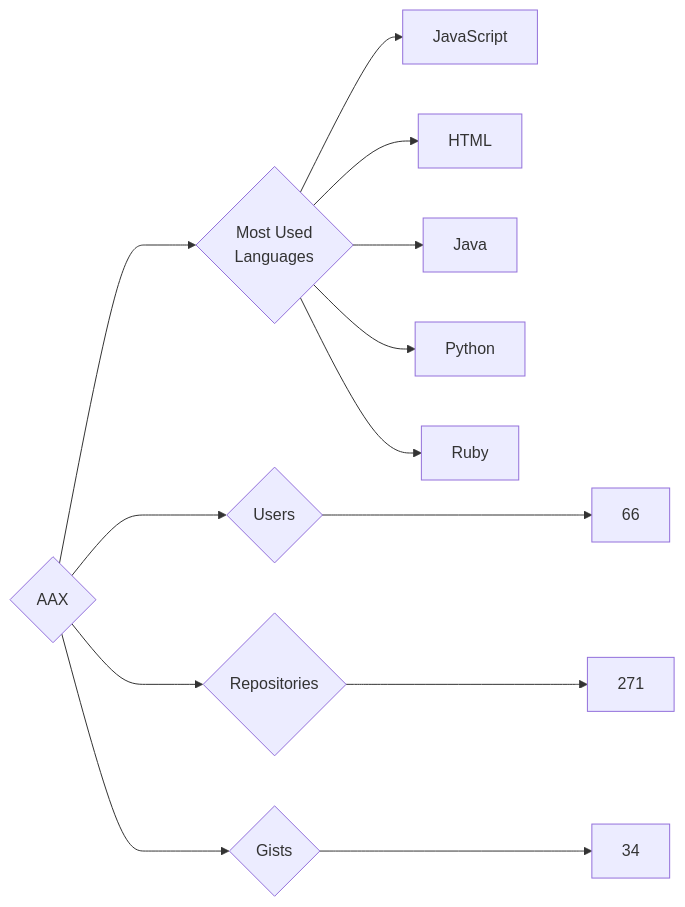
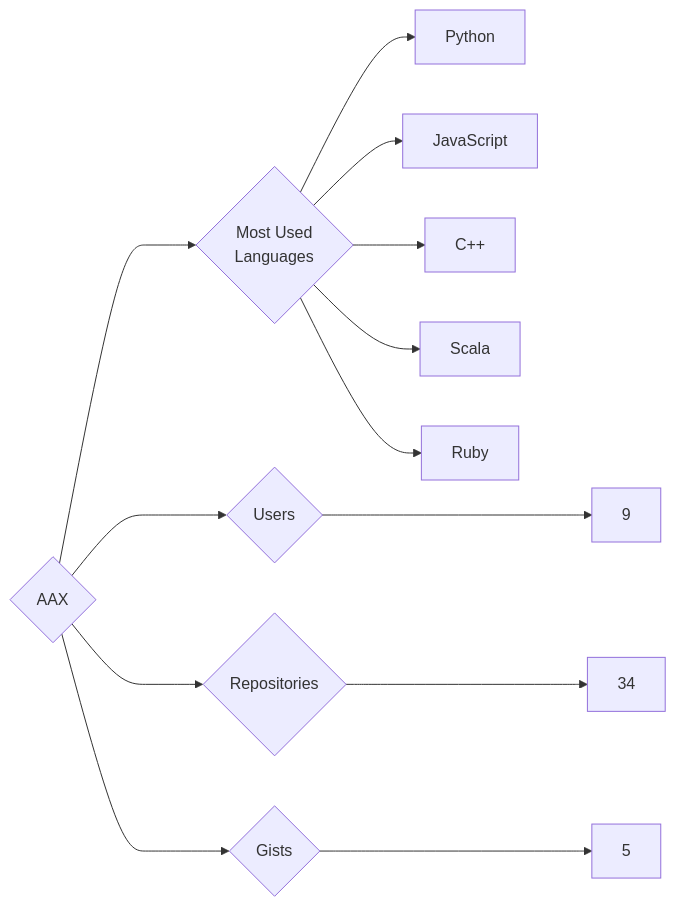
One commit to trickest/insiders changed the diagram in targets/AAX/README.md. Above: the diagram before and after it, drawn with Mermaid. The commit also changed 1166 other files, not shown here.

````diff
--- a/targets/AAX/README.md
+++ b/targets/AAX/README.md
@@ -3,13 +3,13 @@
 ```mermaid
 graph LR
 COMPANY_NAME{AAX}
-COMPANY_NAME ---> U{Users} ---> UN[66]
-COMPANY_NAME ---> R{Repositories} ---> RN[271]
-COMPANY_NAME ---> G{Gists} ---> GN[34]
+COMPANY_NAME ---> U{Users} ---> UN[9]
+COMPANY_NAME ---> R{Repositories} ---> RN[34]
+COMPANY_NAME ---> G{Gists} ---> GN[5]
 COMPANY_NAME ---> ML{Most Used<br>Languages}
+ML --> Python[Python]
 ML --> JavaScript[JavaScript]
-ML --> HTML[HTML]
-ML --> Java[Java]
-ML --> Python[Python]
+ML --> C++[C++]
+ML --> Scala[Scala]
 ML --> Ruby[Ruby]
 ```
````
